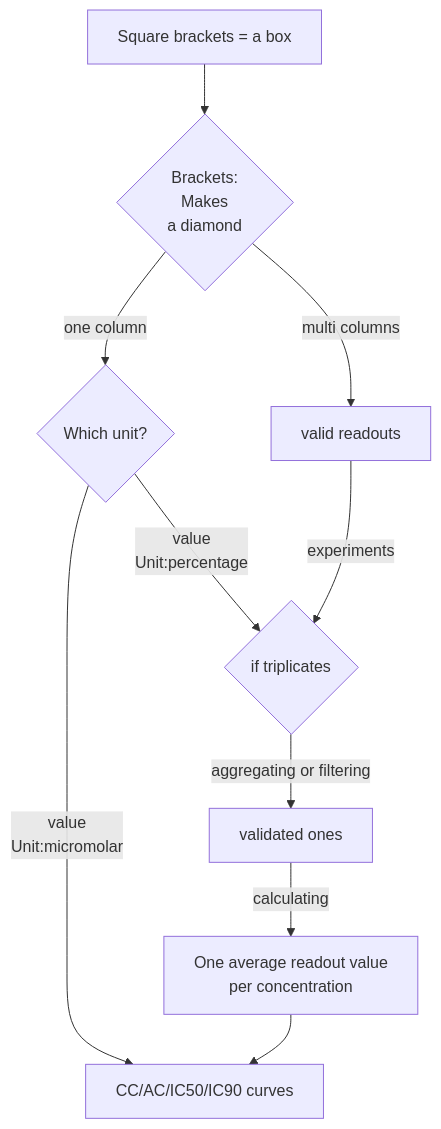
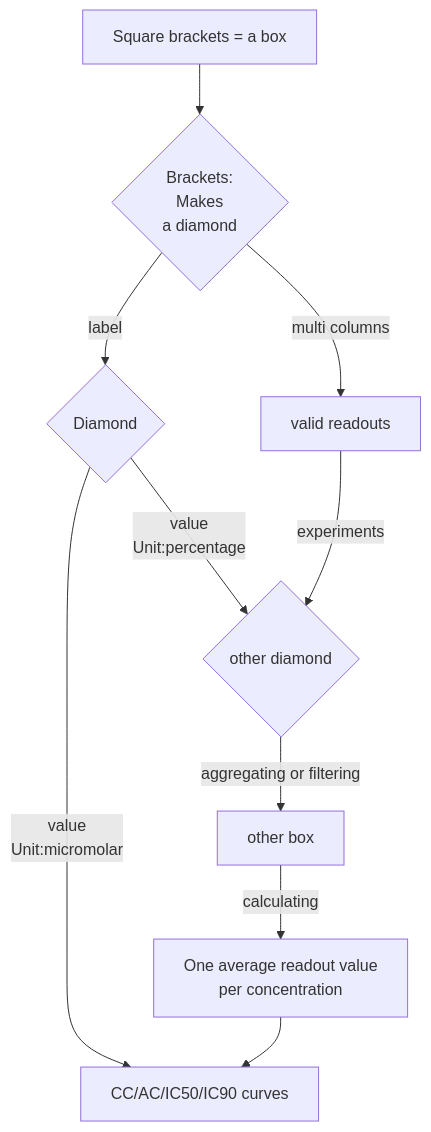
The diagram in test.mmd (ronaldcornet/genealogy-cornet), drawn with Mermaid before and after one commit.

```diff
--- a/test.mmd
+++ b/test.mmd
@@ -1,11 +1,11 @@
 graph TD
 
     A[Square brackets = a box]-->B{Brackets: <br>Makes<br> a diamond}
-    B-->|one column|V{Which unit?}
+    B-->|label|V{Diamond}
     V-->|value <br> Unit:percentage|D
     V-->|value <br> Unit:micromolar|F
     B-->|multi columns|C[valid readouts]
-    C-->|experiments|D{if triplicates}
-    D-->|aggregating or filtering|E[validated ones]
+    C-->|experiments|D{other diamond}
+    D-->|aggregating or filtering|E[other box]
     E--> |calculating|G[One average readout value <br> per concentration]
     G-->F[CC/AC/IC50/IC90 curves]
```
